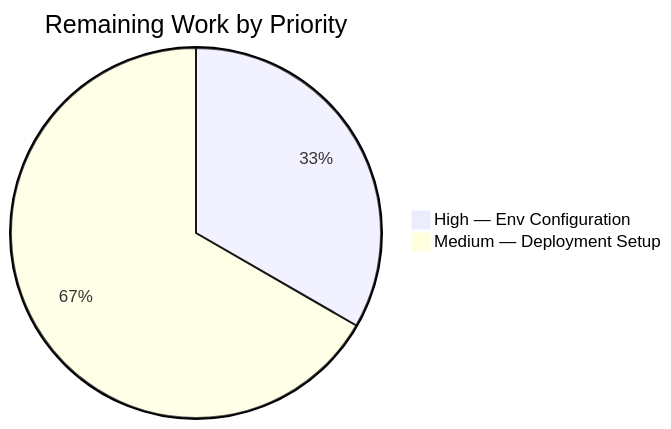
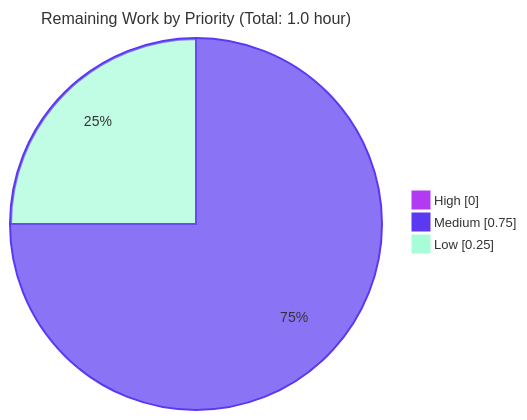
The third of 4 diagrams in blitzy/documentation/Project Guide.md (TestadoBlitzy/Existing-product), drawn with Mermaid before and after one commit. The commit also changed other lines of this file, not shown here.

Commit message:
Adding Blitzy Project Guide: Project Status and Human Tasks Remaining

````diff
--- a/blitzy/documentation/Project Guide.md
+++ b/blitzy/documentation/Project Guide.md
@@ -171,5 +217,8 @@
 ```mermaid
-pie title Remaining Work by Priority
-    "High — Env Configuration" : 0.5
-    "Medium — Deployment Setup" : 1
+%%{init: {'theme':'base', 'themeVariables': {'pie1':'#B23AF2','pie2':'#5B39F3','pie3':'#A8FDD9','pieStrokeColor':'#5B39F3','pieOuterStrokeColor':'#5B39F3','pieTitleTextSize':'16px','pieSectionTextSize':'14px','pieLegendTextSize':'13px'}}}%%
+pie showData
+    title Remaining Work by Priority (Total: 1.0 hour)
+    "High" : 0
+    "Medium" : 0.75
+    "Low" : 0.25
 ```
````
